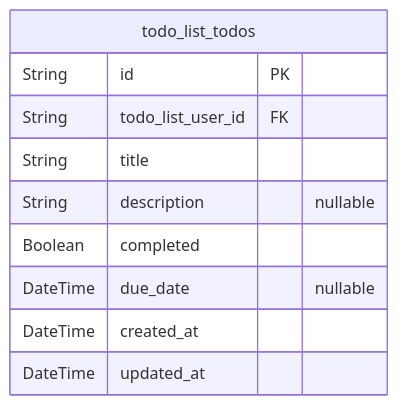
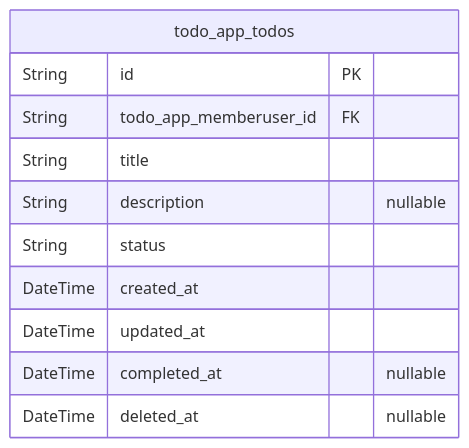
Before and after one commit to wrtnlabs/autobe-examples: the second of 3 diagrams in openai/gpt-5.1/todo/docs/ERD.md, drawn with Mermaid. The commit also changed other lines of this file and 1725 other files, not shown here.

````diff
--- a/openai/gpt-5.1/todo/docs/ERD.md
+++ b/openai/gpt-5.1/todo/docs/ERD.md
@@ -85,13 +283,14 @@
 ```mermaid
 erDiagram
-"todo_list_todos" {
+"todo_app_todos" {
   String id PK
-  String todo_list_user_id FK
+  String todo_app_memberuser_id FK
   String title
   String description "nullable"
-  Boolean completed
-  DateTime due_date "nullable"
+  String status
   DateTime created_at
   DateTime updated_at
+  DateTime completed_at "nullable"
+  DateTime deleted_at "nullable"
 }
 ```
````
